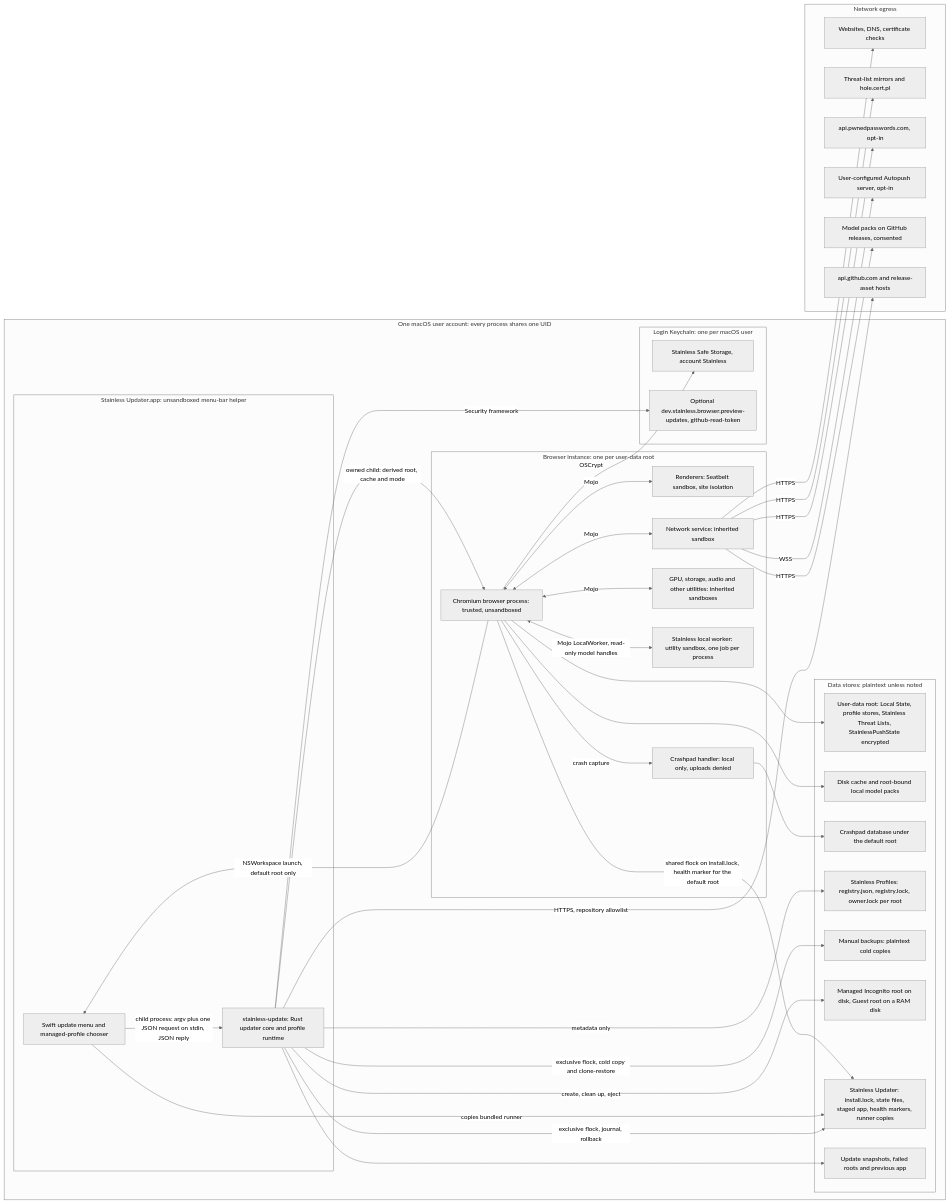
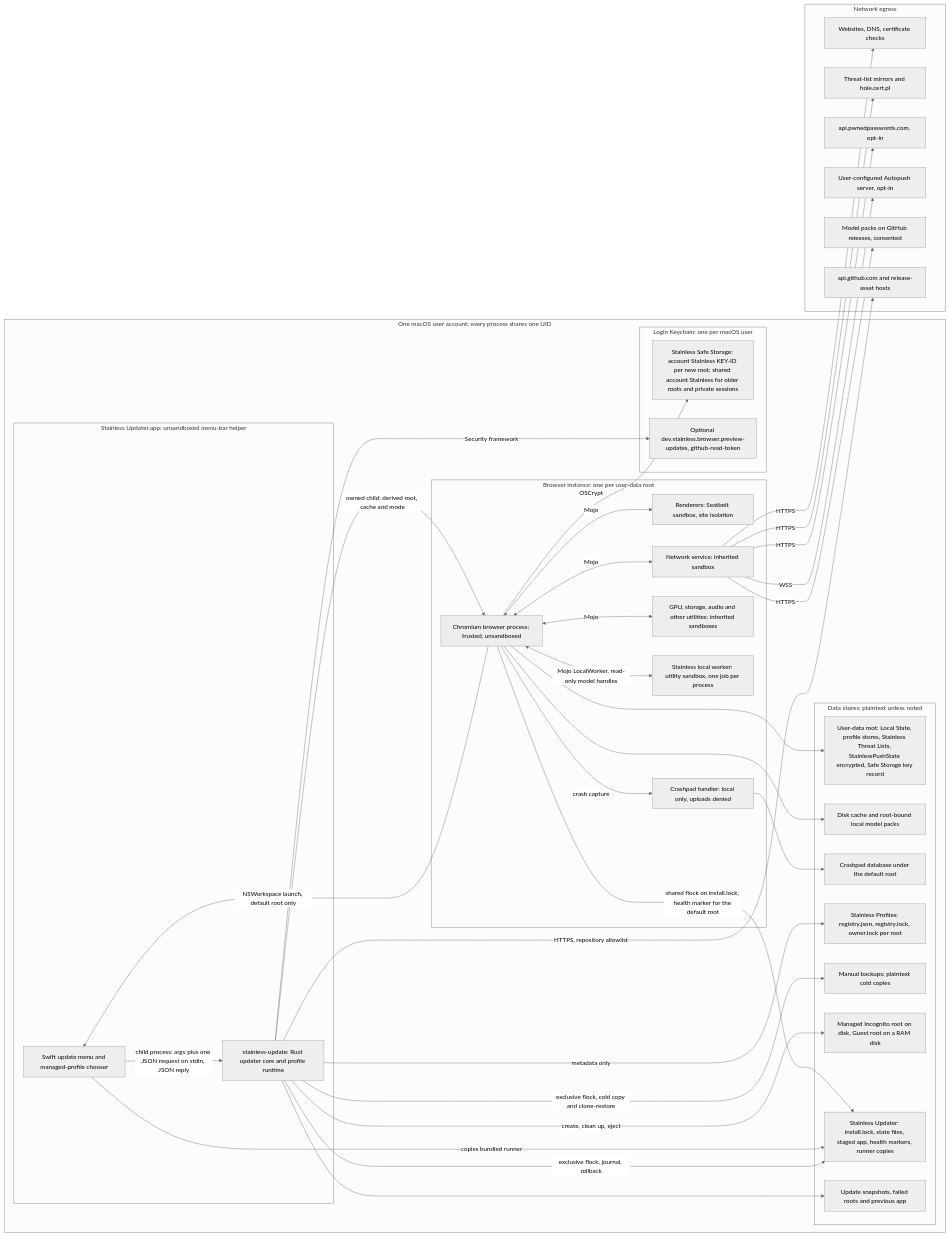
One commit to mbianchidev/stainless changed the diagram in docs/architecture-threat-model.md. Above: the diagram before and after it, drawn with Mermaid (neutral theme). The commit also changed other lines of this file and 22 other files, not shown here.

````diff
--- a/docs/architecture-threat-model.md
+++ b/docs/architecture-threat-model.md
@@ -27,66 +27,66 @@
 ```mermaid
 flowchart LR
   subgraph UserAccount["One macOS user account: every process shares one UID"]
     subgraph HelperApp["Stainless Updater.app: unsandboxed menu-bar helper"]
       Menu["Swift update menu and managed-profile chooser"]
       Tool["stainless-update: Rust updater core and profile runtime"]
     end
     subgraph Instance["Browser instance: one per user-data root"]
       Browser["Chromium browser process: trusted, unsandboxed"]
       Renderer["Renderers: Seatbelt sandbox, site isolation"]
       Network["Network service: inherited sandbox"]
       Children["GPU, storage, audio and other utilities: inherited sandboxes"]
       Worker["Stainless local worker: utility sandbox, one job per process"]
       Crashpad["Crashpad handler: local only, uploads denied"]
     end
     subgraph Keychain["Login Keychain: one per macOS user"]
-      SafeStorage["Stainless Safe Storage, account Stainless"]
+      SafeStorage["Stainless Safe Storage: account Stainless KEY-ID per new root; shared account Stainless for older roots and private sessions"]
       Token["Optional dev.stainless.browser.preview-updates, github-read-token"]
     end
     subgraph Stores["Data stores: plaintext unless noted"]
-      Root["User-data root: Local State, profile stores, Stainless Threat Lists, StainlessPushState encrypted"]
+      Root["User-data root: Local State, profile stores, Stainless Threat Lists, StainlessPushState encrypted, Safe Storage key record"]
       Cache["Disk cache and root-bound local model packs"]
       Dumps["Crashpad database under the default root"]
       Registry["Stainless Profiles: registry.json, registry.lock, owner.lock per root"]
       Backups["Manual backups: plaintext cold copies"]
       Private["Managed Incognito root on disk, Guest root on a RAM disk"]
       UpdaterState["Stainless Updater: install.lock, state files, staged app, health markers, runner copies"]
       Snapshots["Update snapshots, failed roots and previous app"]
     end
   end
   subgraph Internet["Network egress"]
     Sites["Websites, DNS, certificate checks"]
     Lists["Threat-list mirrors and hole.cert.pl"]
     HIBP["api.pwnedpasswords.com, opt-in"]
     Push["User-configured Autopush server, opt-in"]
     Packs["Model packs on GitHub releases, consented"]
     GitHub["api.github.com and release-asset hosts"]
   end
 
   Browser <-->|"Mojo"| Renderer
   Browser <-->|"Mojo"| Network
   Browser <-->|"Mojo"| Children
   Browser <-->|"Mojo LocalWorker, read-only model handles"| Worker
   Browser -->|"crash capture"| Crashpad
   Crashpad --> Dumps
   Browser --> Root
   Browser --> Cache
   Browser -->|"OSCrypt"| SafeStorage
   Browser -->|"shared flock on install.lock, health marker for the default root"| UpdaterState
   Browser -->|"NSWorkspace launch, default root only"| Menu
   Menu -->|"copies bundled runner"| UpdaterState
   Menu -->|"child process: argv plus one JSON request on stdin, JSON reply"| Tool
   Tool -->|"owned child: derived root, cache and mode"| Browser
   Tool -->|"metadata only"| Registry
   Tool -->|"exclusive flock, cold copy and clone-restore"| Backups
   Tool -->|"create, clean up, eject"| Private
   Tool -->|"exclusive flock, journal, rollback"| UpdaterState
   Tool --> Snapshots
   Tool -->|"Security framework"| Token
   Tool -->|"HTTPS, repository allowlist"| GitHub
   Network -->|"HTTPS"| Sites
   Network -->|"HTTPS"| Lists
   Network -->|"HTTPS"| HIBP
   Network -->|"WSS"| Push
   Network -->|"HTTPS"| Packs
 ```
````
